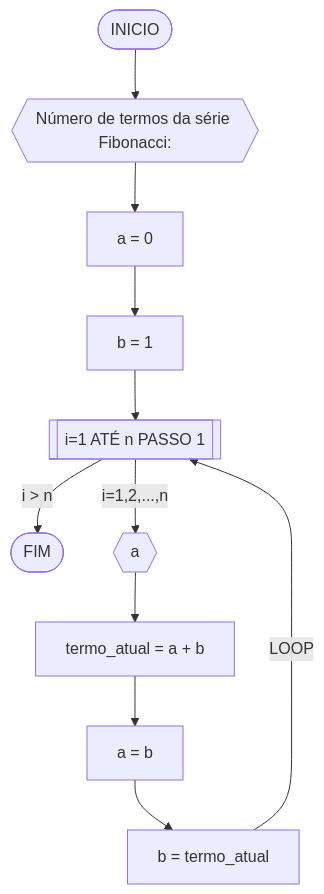
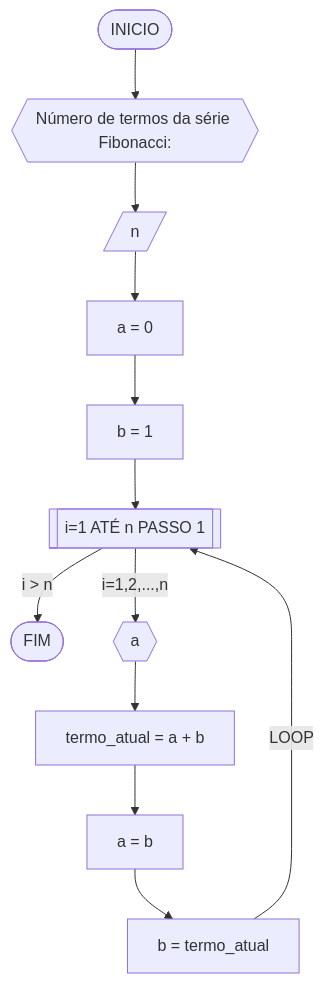
Before and after one commit to carubbi/unifor: the seventh of 8 diagrams in RLA/unidade1/AD1.md, drawn with Mermaid. The commit also changed other lines of this file, not shown here.

````diff
--- a/RLA/unidade1/AD1.md
+++ b/RLA/unidade1/AD1.md
@@ -398,13 +490,14 @@
 ```mermaid
 flowchart TD
 A([INICIO]) --> B{{"Número de termos da série Fibonacci:"}}
-B --> C[a = 0]
-C --> D[b = 1]
-D --> E[[i=1 ATÉ n PASSO 1]]
-E --"i > n"--> J([FIM])
-E --"i=1,2,...,n"--> F{{a}}
-F --> G[termo_atual = a + b]
-G --> H[a = b]
-H --> I[b = termo_atual]
-I --LOOP--> E 
+B --> C[/n/]
+C --> D[a = 0]
+D --> E[b = 1]
+E --> F[[i=1 ATÉ n PASSO 1]]
+F --"i > n"--> K([FIM])
+F --"i=1,2,...,n"--> G{{a}}
+G --> H[termo_atual = a + b]
+H --> I[a = b]
+I --> J[b = termo_atual]
+J --LOOP--> F 
 ```
````
